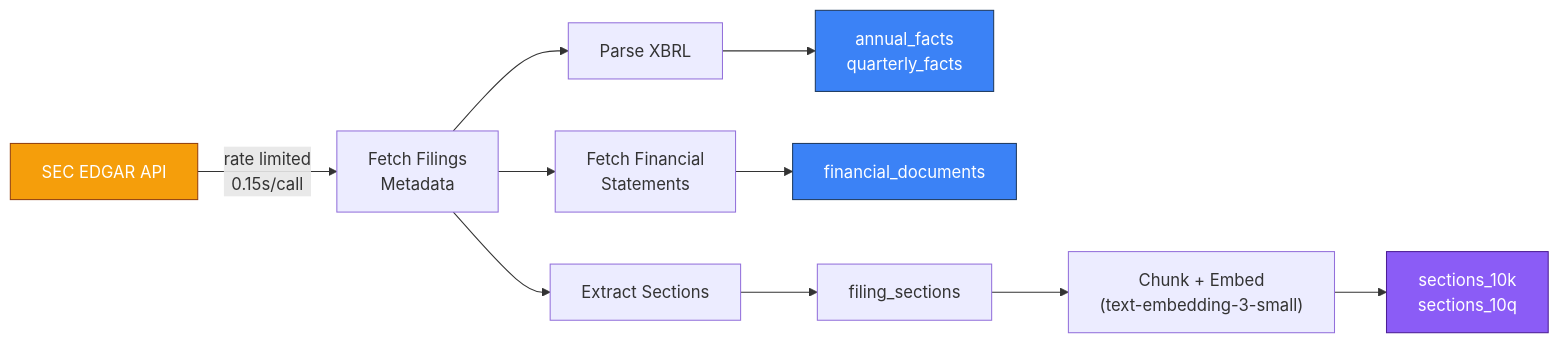
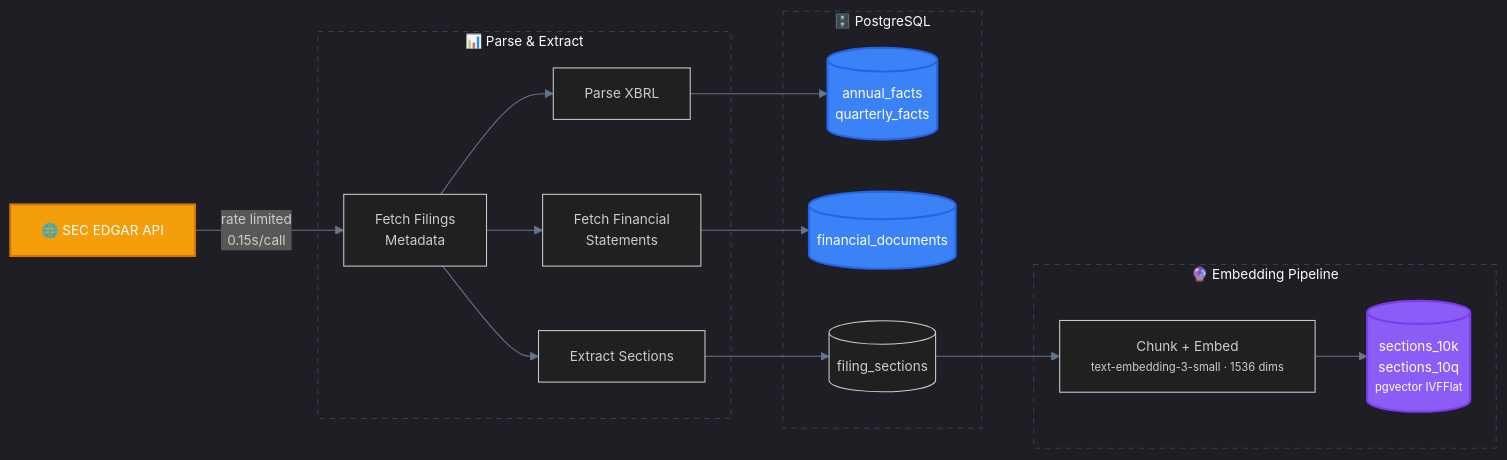
One commit to bhattaraisubal-eng/sec-intelligence-system changed the second of 2 diagrams in docs/architecture.md. Above: the diagram before and after it, drawn with Mermaid. The commit also changed other lines of this file and 3 other files, not shown here.

First line of the commit message:
Upgrade all Mermaid diagrams with dark theme, subgraphs, and consistent styling

````diff
--- a/docs/architecture.md
+++ b/docs/architecture.md
@@ -149,17 +183,34 @@
 ```mermaid
+%%{init: {'theme': 'dark', 'themeVariables': {'primaryColor': '#1e293b', 'primaryBorderColor': '#475569', 'lineColor': '#64748b', 'fontFamily': 'ui-monospace, monospace', 'fontSize': '13px'}}}%%
 graph LR
-    A["SEC EDGAR API"] -->|"rate limited<br/>0.15s/call"| B["Fetch Filings<br/>Metadata"]
-    B --> C["Parse XBRL"]
-    C --> D["annual_facts<br/>quarterly_facts"]
-    B --> E["Fetch Financial<br/>Statements"]
-    E --> F["financial_documents"]
-    B --> G["Extract Sections"]
-    G --> H["filing_sections"]
-    H --> I["Chunk + Embed<br/>(text-embedding-3-small)"]
-    I --> J["sections_10k<br/>sections_10q"]
+    A["🌐 SEC EDGAR API"] -->|"rate limited<br/>0.15s/call"| B["Fetch Filings<br/>Metadata"]
 
-    style A fill:#f59e0b,stroke:#92400e,color:#fff
-    style D fill:#3b82f6,stroke:#1e3a5f,color:#fff
-    style F fill:#3b82f6,stroke:#1e3a5f,color:#fff
-    style J fill:#8b5cf6,stroke:#4c1d95,color:#fff
+    subgraph parse ["📊 Parse & Extract"]
+        B --> C["Parse XBRL"]
+        B --> E["Fetch Financial<br/>Statements"]
+        B --> G["Extract Sections"]
+    end
+
+    subgraph store ["🗄️ PostgreSQL"]
+        C --> D[("annual_facts<br/>quarterly_facts")]
+        E --> F[("financial_documents")]
+        G --> H[("filing_sections")]
+    end
+
+    subgraph embed ["🔮 Embedding Pipeline"]
+        H --> I["Chunk + Embed<br/><small>text-embedding-3-small · 1536 dims</small>"]
+        I --> J[("sections_10k<br/>sections_10q<br/><small>pgvector IVFFlat</small>")]
+    end
+
+    classDef source fill:#f59e0b,stroke:#d97706,color:#fff,stroke-width:2px
+    classDef db fill:#3b82f6,stroke:#2563eb,color:#fff,stroke-width:2px
+    classDef vector fill:#8b5cf6,stroke:#7c3aed,color:#fff,stroke-width:2px
+
+    class A source
+    class D,F db
+    class J vector
+
+    style parse fill:transparent,stroke:#334155,stroke-width:1px,stroke-dasharray:5 5
+    style store fill:transparent,stroke:#334155,stroke-width:1px,stroke-dasharray:5 5
+    style embed fill:transparent,stroke:#334155,stroke-width:1px,stroke-dasharray:5 5
 ```
````
